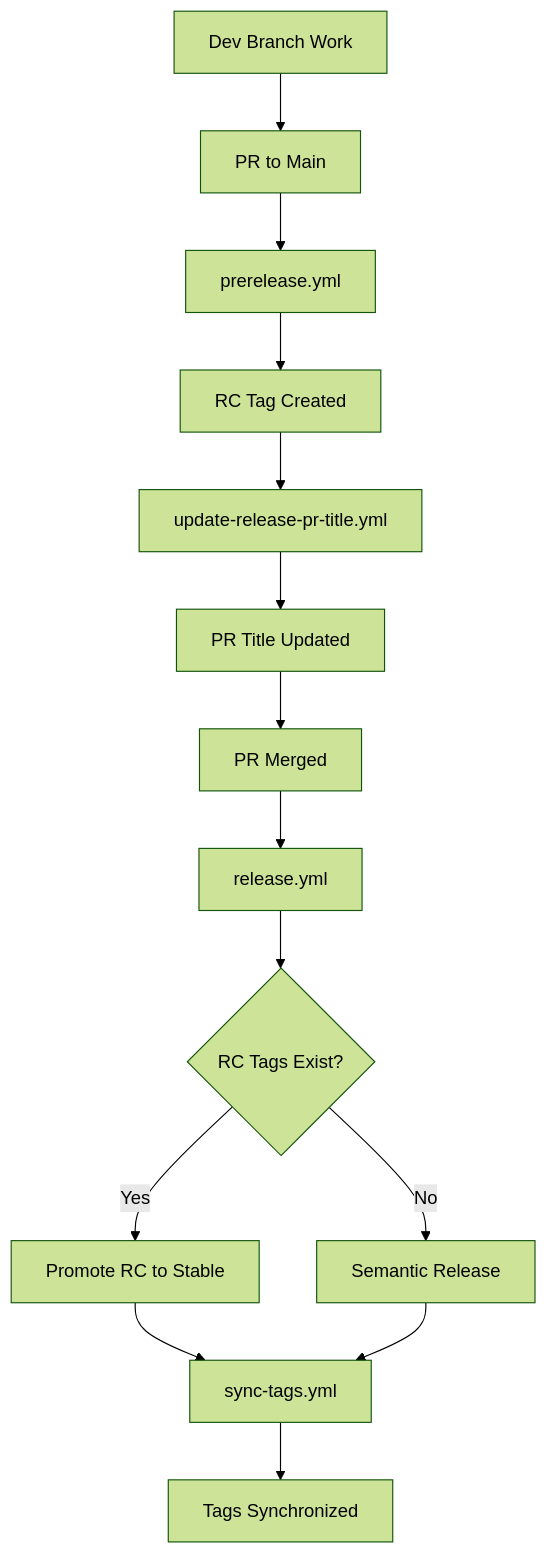
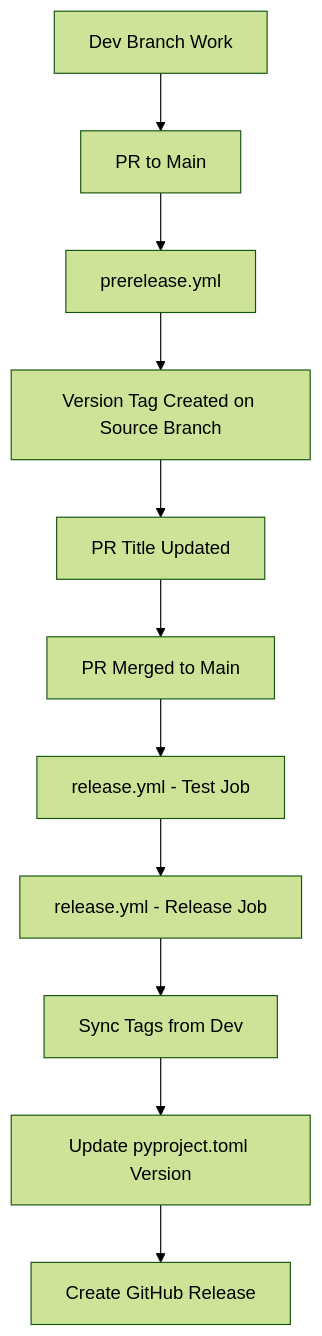
Before and after one commit to ultimatile/JuliaPkgTemplatesCLI: the diagram in docs/workflow.md, drawn with Mermaid (forest theme). The commit also changed other lines of this file, not shown here.

````diff
--- a/docs/workflow.md
+++ b/docs/workflow.md
@@ -94,16 +68,13 @@
 ```mermaid
 graph TD
     A[Dev Branch Work] --> B[PR to Main]
     B --> C[prerelease.yml]
-    C --> D[RC Tag Created]
-    D --> E[update-release-pr-title.yml]
-    E --> F[PR Title Updated]
-    F --> G[PR Merged]
-    G --> H[release.yml]
-    H --> I{RC Tags Exist?}
-    I -->|Yes| J[Promote RC to Stable]
-    I -->|No| K[Semantic Release]
-    J --> L[sync-tags.yml]
-    K --> L
-    L --> M[Tags Synchronized]
+    C --> D[Version Tag Created on Source Branch]
+    D --> E[PR Title Updated]
+    E --> F[PR Merged to Main]
+    F --> G[release.yml - Test Job]
+    G --> H[release.yml - Release Job]
+    H --> I[Sync Tags from Dev]
+    I --> J[Update pyproject.toml Version]
+    J --> K[Create GitHub Release]
 ```
````
